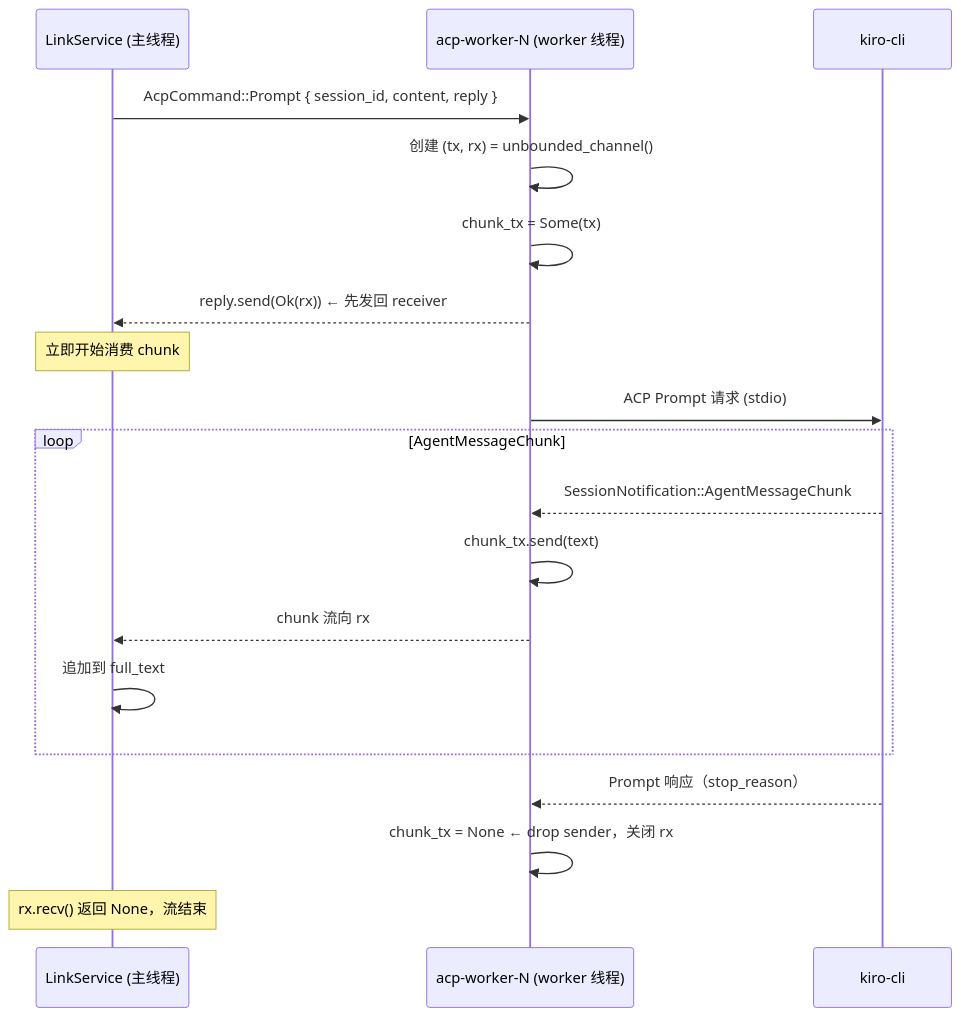
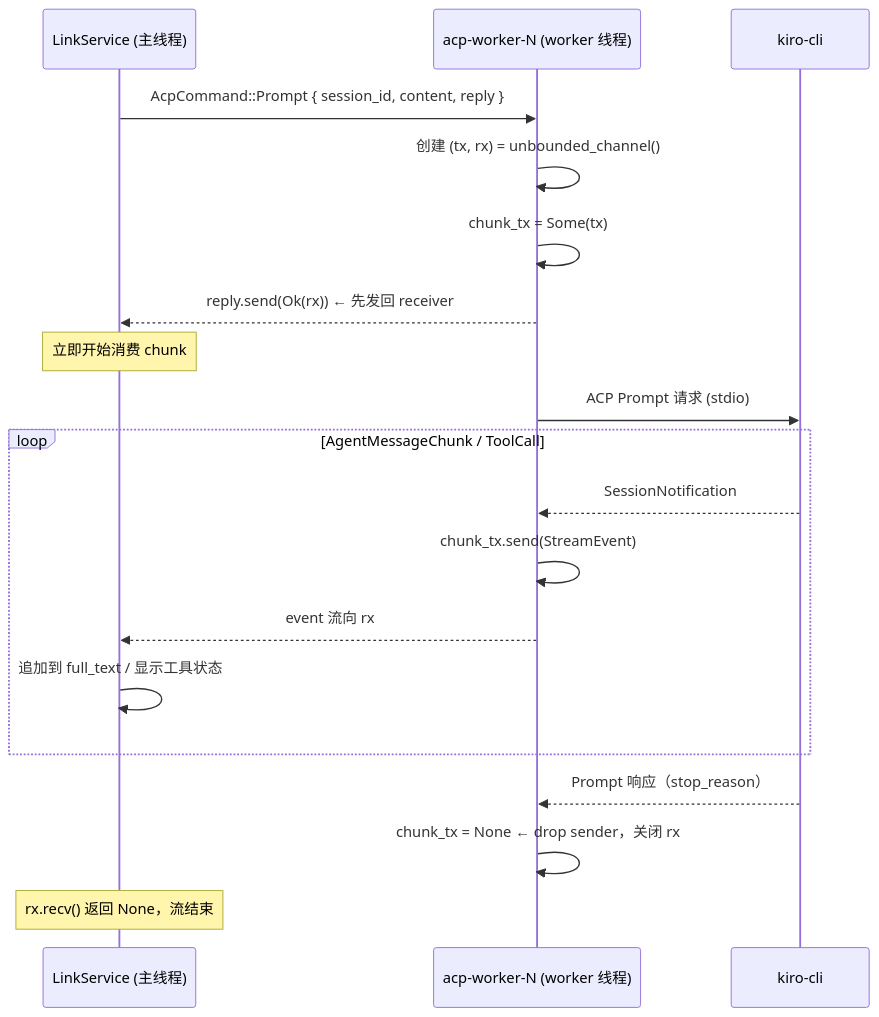
Before and after one commit to xufanglin/acp-link: the second of 5 diagrams in docs/acp-bridge.md, drawn with Mermaid. The commit also changed other lines of this file and 15 other files, not shown here.

````diff
--- a/docs/acp-bridge.md
+++ b/docs/acp-bridge.md
@@ -141,23 +154,23 @@
 ```mermaid
 sequenceDiagram
     participant L as LinkService (主线程)
     participant W as acp-worker-N (worker 线程)
     participant K as kiro-cli
 
     L->>W: AcpCommand::Prompt { session_id, content, reply }
     W->>W: 创建 (tx, rx) = unbounded_channel()
     W->>W: chunk_tx = Some(tx)
     W-->>L: reply.send(Ok(rx))   ← 先发回 receiver
     Note over L: 立即开始消费 chunk
 
     W->>K: ACP Prompt 请求 (stdio)
-    loop AgentMessageChunk
-        K-->>W: SessionNotification::AgentMessageChunk
-        W->>W: chunk_tx.send(text)
-        W-->>L: chunk 流向 rx
-        L->>L: 追加到 full_text
+    loop AgentMessageChunk / ToolCall
+        K-->>W: SessionNotification
+        W->>W: chunk_tx.send(StreamEvent)
+        W-->>L: event 流向 rx
+        L->>L: 追加到 full_text / 显示工具状态
     end
     K-->>W: Prompt 响应（stop_reason）
     W->>W: chunk_tx = None  ← drop sender，关闭 rx
     Note over L: rx.recv() 返回 None，流结束
 ```
````
